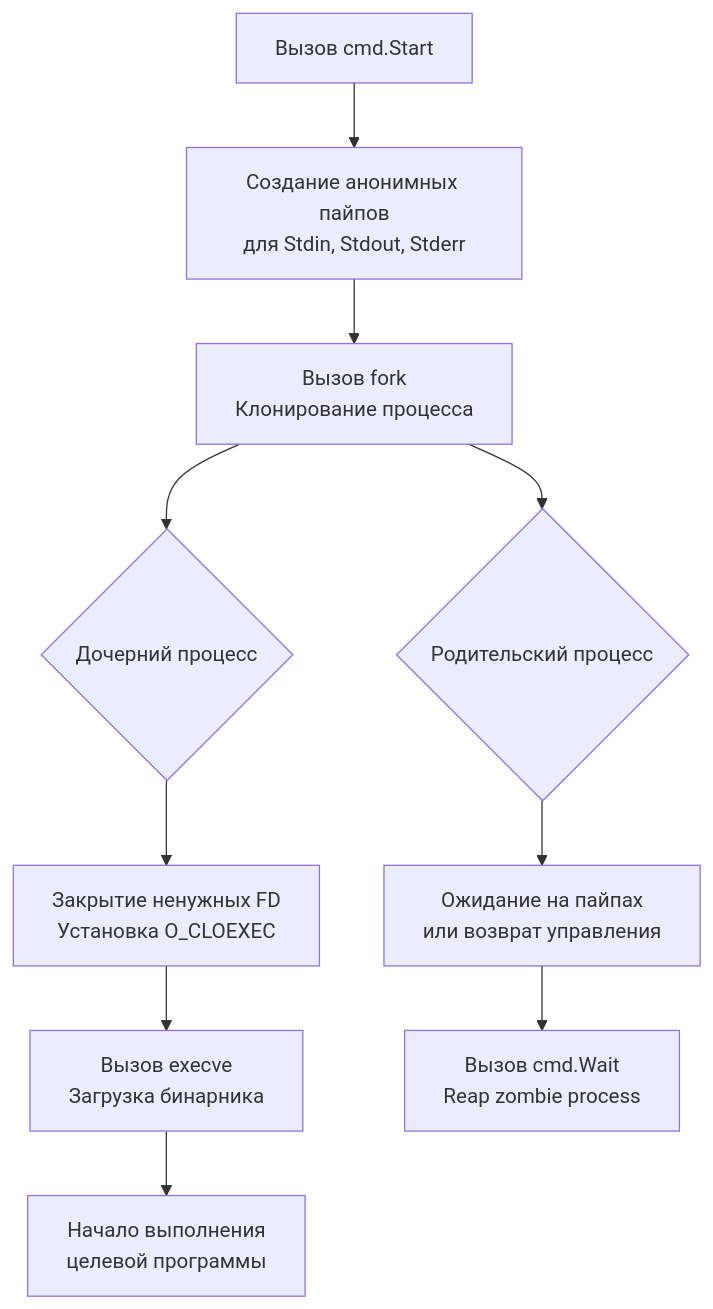
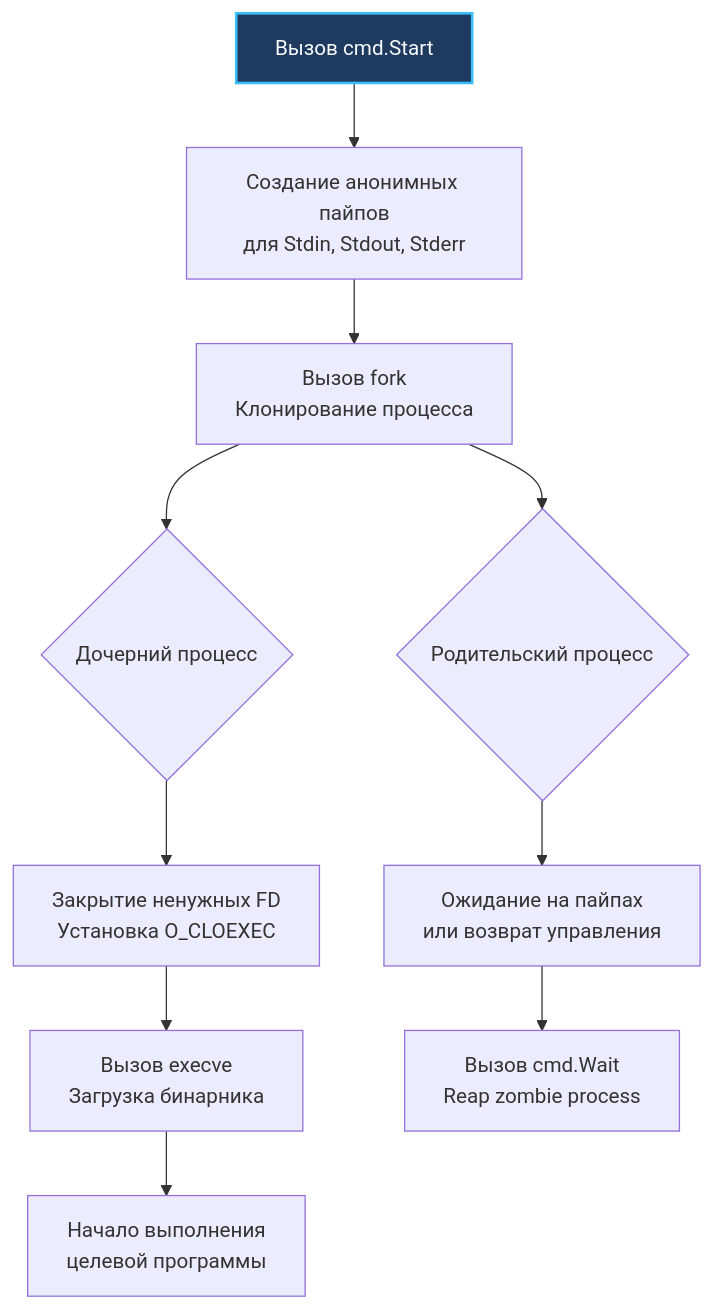
Before and after one commit to UnrealTemplier/go-textbook: the diagram in sources/6. Стандартная библиотека Go/43. os_exec. Запуск внешних процессов.md, drawn with Mermaid. The commit also changed 1666 other files, not shown here.

First line of the commit message:
feat(mermaid): add semantic color classDef to 1369 colorless flowchart/graph diagrams

````diff
--- a/sources/6. Стандартная библиотека Go/43. os_exec. Запуск внешних процессов.md
+++ b/sources/6. Стандартная библиотека Go/43. os_exec. Запуск внешних процессов.md
@@ -22,12 +22,22 @@
 ```mermaid
 flowchart TD
-    A["Вызов cmd.Start"] --> B["Создание анонимных пайпов<br>для Stdin, Stdout, Stderr"]
+    classDef process  fill:#1e293b,stroke:#38bdf8,stroke-width:1px,color:#f8fafc
+    classDef success  fill:#064e3b,stroke:#34d399,stroke-width:1px,color:#f8fafc
+    classDef error    fill:#7f1d1d,stroke:#f87171,stroke-width:1px,color:#f8fafc
+    classDef warning  fill:#78350f,stroke:#fbbf24,stroke-width:1px,color:#f8fafc
+    classDef entry    fill:#1e3a5f,stroke:#38bdf8,stroke-width:2px,color:#f8fafc
+    classDef aux      fill:#334155,stroke:#64748b,stroke-width:1px,color:#f8fafc
+    classDef system   fill:#312e81,stroke:#a78bfa,stroke-width:1px,color:#f8fafc
+    classDef data     fill:#132d29,stroke:#2dd4bf,stroke-width:1px,color:#f8fafc
+    classDef network  fill:#881337,stroke:#fb7185,stroke-width:1px,color:#f8fafc
+    classDef accent   fill:#1e1b4b,stroke:#818cf8,stroke-width:1px,color:#f8fafc
+    A["Вызов cmd.Start"]:::entry --> B["Создание анонимных пайпов<br>для Stdin, Stdout, Stderr"]
     B --> C["Вызов fork<br>Клонирование процесса"]
     C --> D{"Дочерний процесс"}
     C --> E{"Родительский процесс"}
     D --> F["Закрытие ненужных FD<br>Установка O_CLOEXEC"]
     F --> G["Вызов execve<br>Загрузка бинарника"]
     G --> H["Начало выполнения<br>целевой программы"]
     E --> I["Ожидание на пайпах<br>или возврат управления"]
     I --> J["Вызов cmd.Wait<br>Reap zombie process"]
 ```
````
